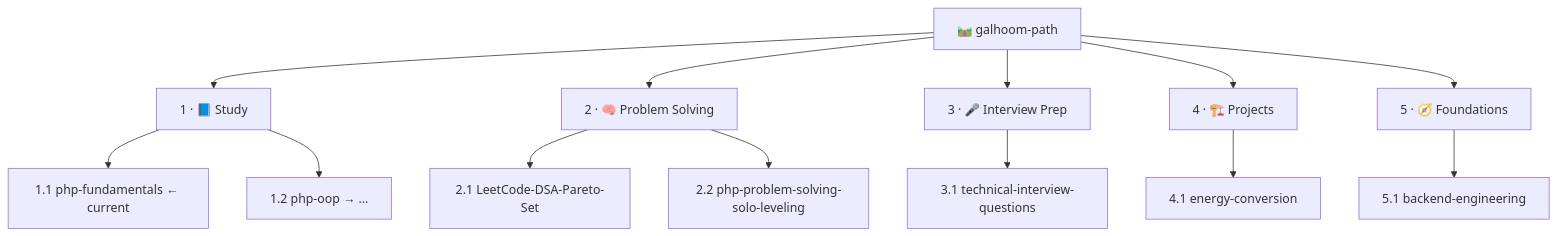
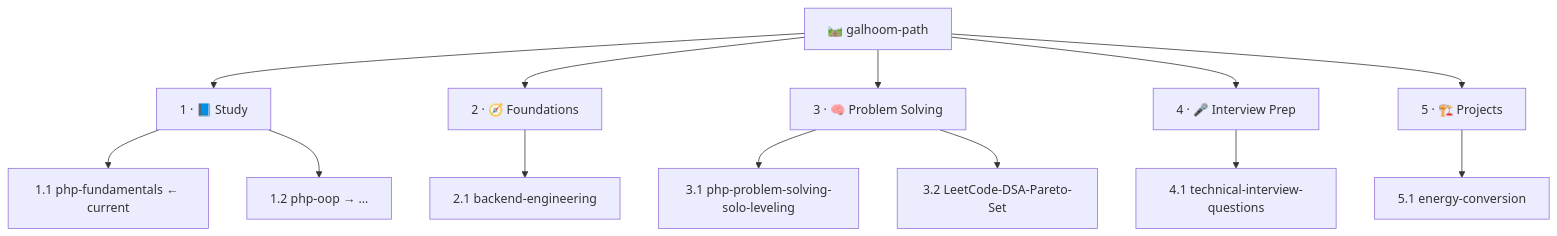
Before and after one commit to Galhoom22/Galhoom22: the second of 2 diagrams in README.md, drawn with Mermaid. The commit also changed other lines of this file, not shown here.

````diff
--- a/README.md
+++ b/README.md
@@ -57,16 +68,16 @@
 ```mermaid
 flowchart TB
   ORG["🛤️ galhoom-path"]
   ORG --> S["1 · 📘 Study"]
-  ORG --> P["2 · 🧠 Problem Solving"]
-  ORG --> I["3 · 🎤 Interview Prep"]
-  ORG --> R["4 · 🏗️ Projects"]
-  ORG --> F["5 · 🧭 Foundations"]
+  ORG --> F["2 · 🧭 Foundations"]
+  ORG --> P["3 · 🧠 Problem Solving"]
+  ORG --> I["4 · 🎤 Interview Prep"]
+  ORG --> R["5 · 🏗️ Projects"]
   S --> S1["1.1 php-fundamentals ← current"]
   S --> S2["1.2 php-oop → …"]
-  P --> P1["2.1 LeetCode-DSA-Pareto-Set"]
-  P --> P2["2.2 php-problem-solving-solo-leveling"]
-  I --> I1["3.1 technical-interview-questions"]
-  R --> R1["4.1 energy-conversion"]
-  F --> F1["5.1 backend-engineering"]
+  F --> F1["2.1 backend-engineering"]
+  P --> P1["3.1 php-problem-solving-solo-leveling"]
+  P --> P2["3.2 LeetCode-DSA-Pareto-Set"]
+  I --> I1["4.1 technical-interview-questions"]
+  R --> R1["5.1 energy-conversion"]
 ```
````
